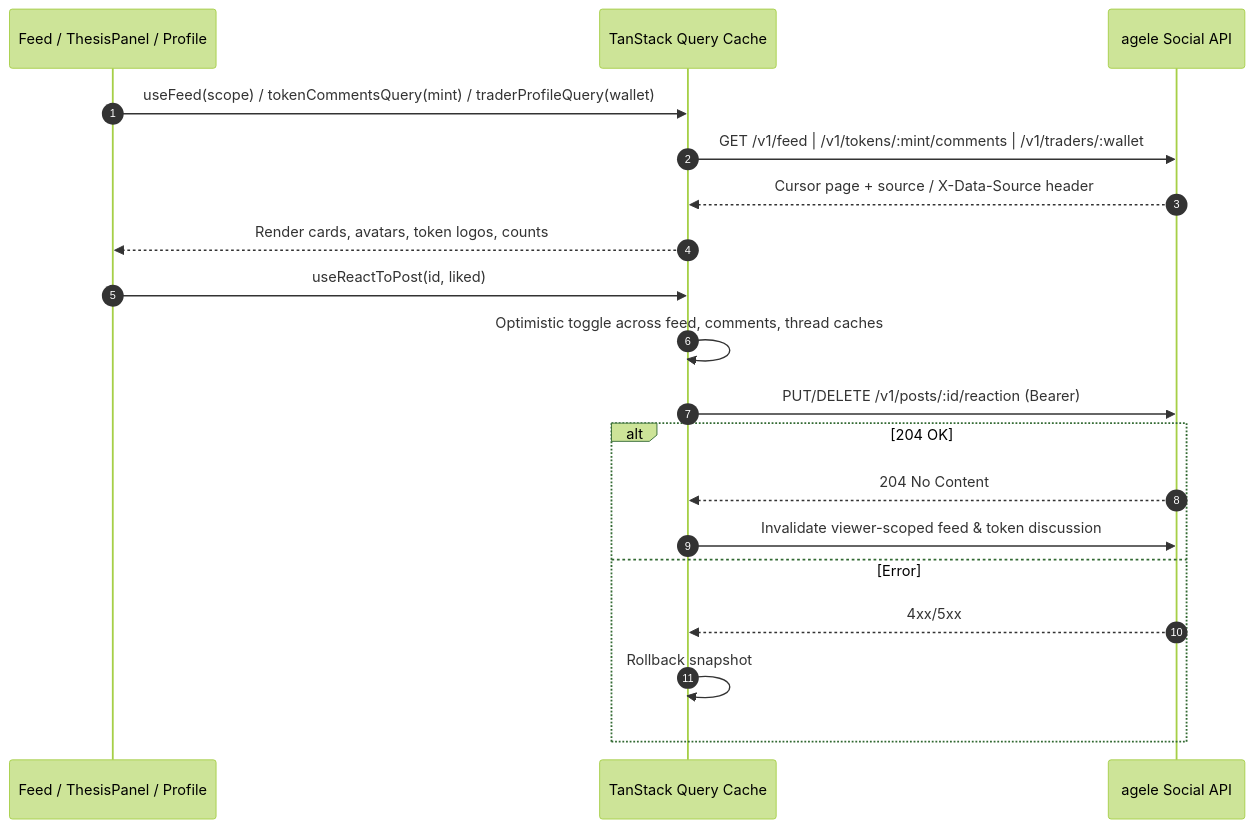
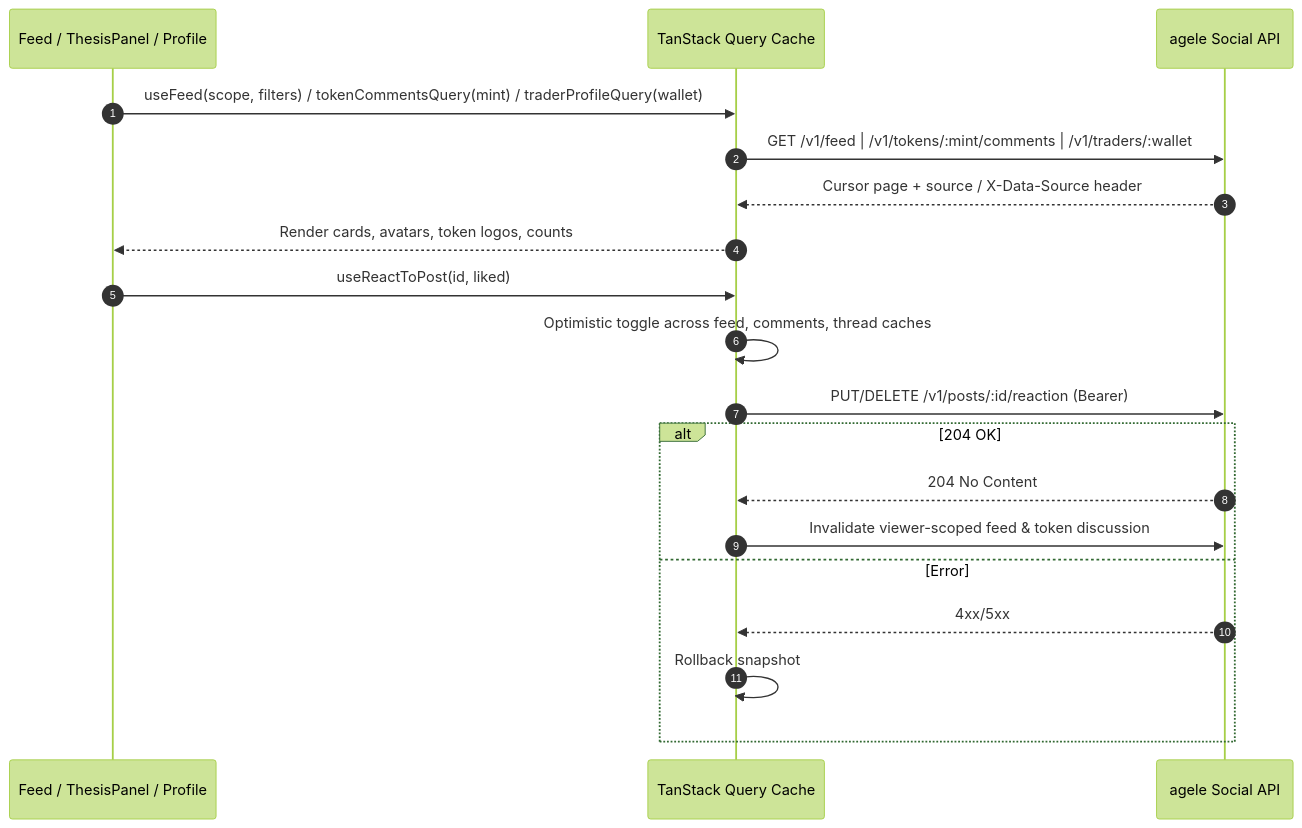
The first of 3 diagrams in docs/social.md (jog01/agele-web), drawn with Mermaid (forest theme) before and after one commit. The commit also changed other lines of this file and 7 other files, not shown here.

Commit message:
feat(feed): add server-backed filters and system activity

````diff
--- a/docs/social.md
+++ b/docs/social.md
@@ -7,23 +7,23 @@
 ```mermaid
 sequenceDiagram
   autonumber
   participant UI as Feed / ThesisPanel / Profile
   participant RQ as TanStack Query Cache
   participant API as agele Social API
 
-  UI->>RQ: useFeed(scope) / tokenCommentsQuery(mint) / traderProfileQuery(wallet)
+  UI->>RQ: useFeed(scope, filters) / tokenCommentsQuery(mint) / traderProfileQuery(wallet)
   RQ->>API: GET /v1/feed | /v1/tokens/:mint/comments | /v1/traders/:wallet
   API-->>RQ: Cursor page + source / X-Data-Source header
   RQ-->>UI: Render cards, avatars, token logos, counts
 
   UI->>RQ: useReactToPost(id, liked)
   RQ->>RQ: Optimistic toggle across feed, comments, thread caches
   RQ->>API: PUT/DELETE /v1/posts/:id/reaction (Bearer)
   alt 204 OK
     API-->>RQ: 204 No Content
     RQ->>API: Invalidate viewer-scoped feed & token discussion
   else Error
     API-->>RQ: 4xx/5xx
     RQ->>RQ: Rollback snapshot
   end
 ```
````
